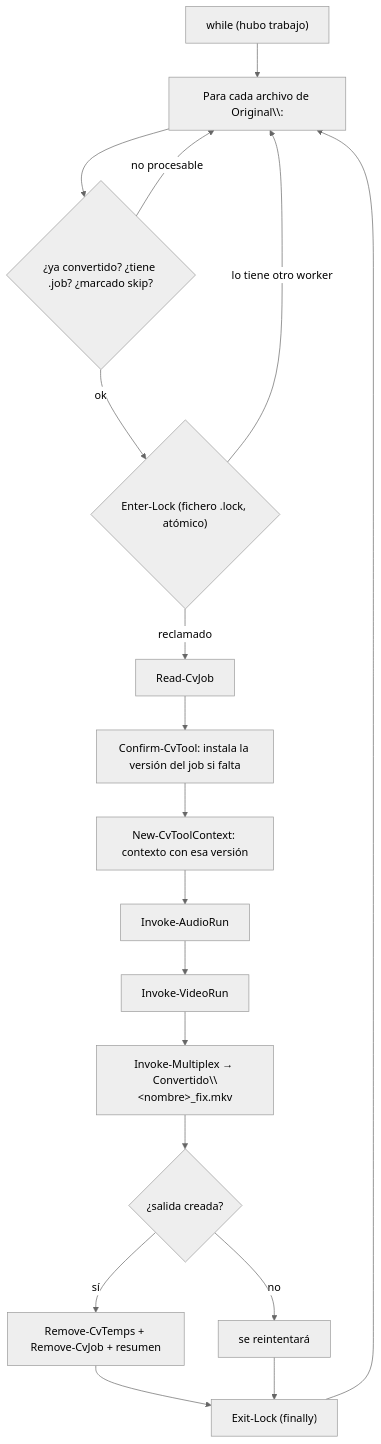
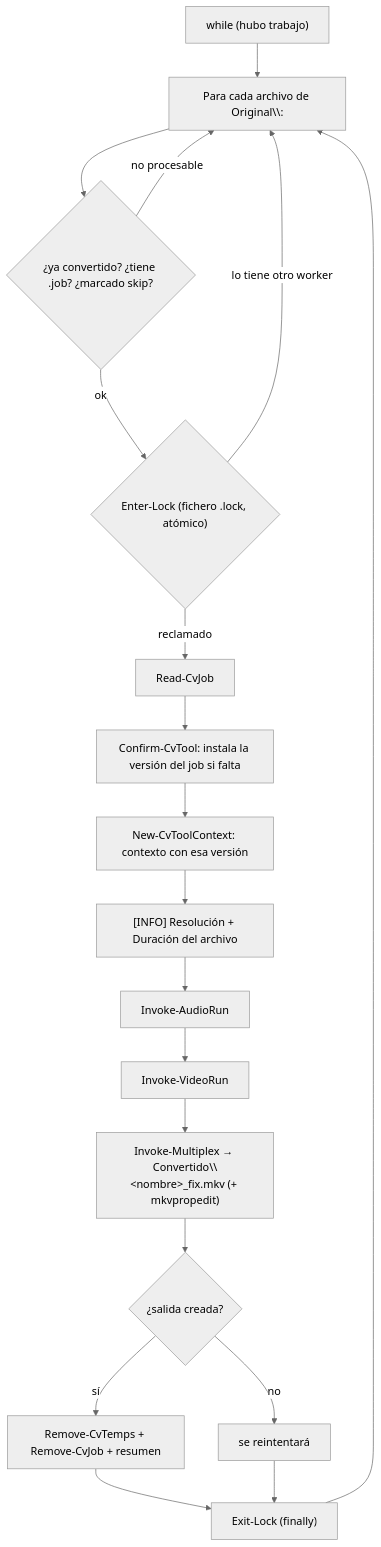
The third of 3 diagrams in docs/flujo.md (vsc55/ConversorVideoCMD), drawn with Mermaid (neutral theme) before and after one commit. The commit also changed other lines of this file and 40 other files, not shown here.

````diff
--- a/docs/flujo.md
+++ b/docs/flujo.md
@@ -64,20 +70,21 @@
 ```mermaid
 flowchart TD
     W0["while (hubo trabajo)"] --> W1["Para cada archivo de Original\\:"]
     W1 --> W2{"¿ya convertido? ¿tiene .job? ¿marcado skip?"}
     W2 -- "no procesable" --> W1
     W2 -- "ok" --> W3{"Enter-Lock (fichero .lock, atómico)"}
     W3 -- "lo tiene otro worker" --> W1
     W3 -- "reclamado" --> W4["Read-CvJob"]
     W4 --> W5["Confirm-CvTool: instala la versión del job si falta"]
     W5 --> W6["New-CvToolContext: contexto con esa versión"]
-    W6 --> A["Invoke-AudioRun"]
+    W6 --> INFO["[INFO] Resolución + Duración del archivo"]
+    INFO --> A["Invoke-AudioRun"]
     A --> V["Invoke-VideoRun"]
-    V --> M["Invoke-Multiplex → Convertido\\&lt;nombre&gt;_fix.mkv"]
+    V --> M["Invoke-Multiplex → Convertido\\&lt;nombre&gt;_fix.mkv (+ mkvpropedit)"]
     M --> OK{"¿salida creada?"}
     OK -- "sí" --> CLEAN["Remove-CvTemps + Remove-CvJob + resumen"]
     OK -- "no" --> RETRY["se reintentará"]
     CLEAN --> UNLOCK["Exit-Lock (finally)"]
     RETRY --> UNLOCK
     UNLOCK --> W1
 ```
````
